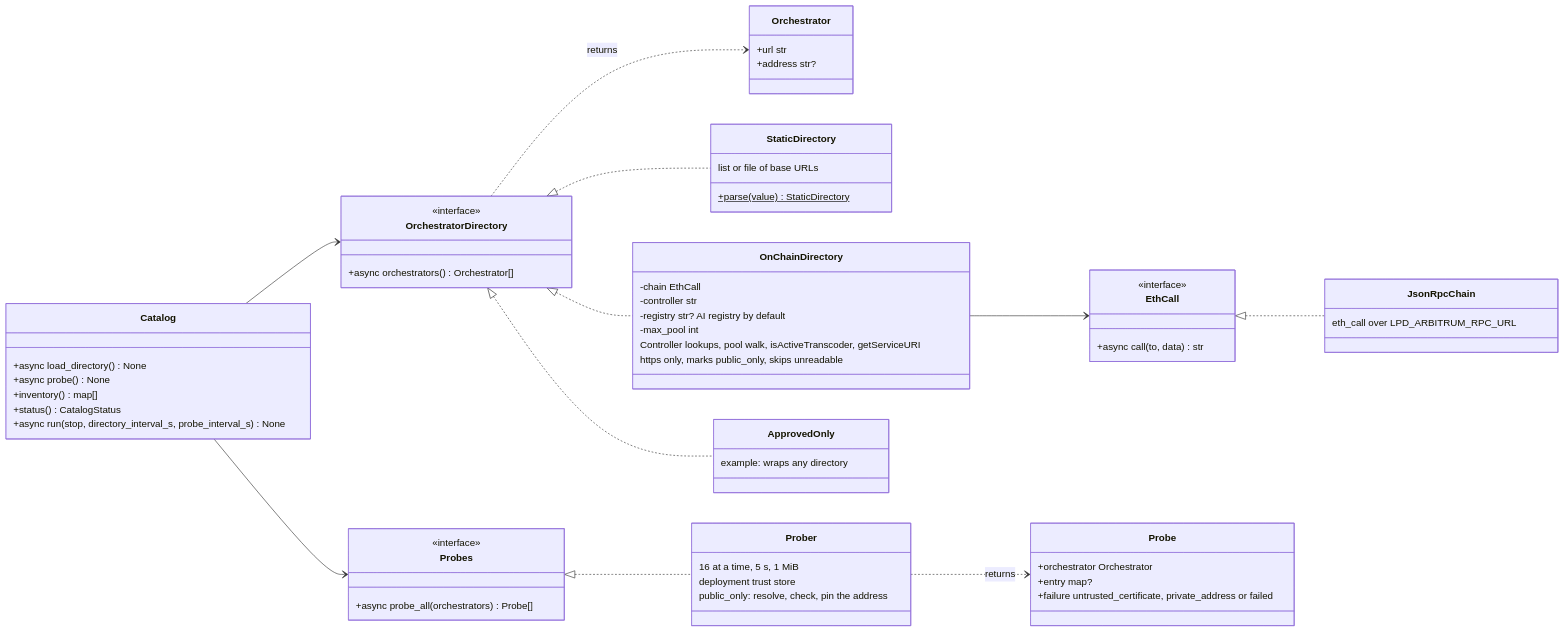
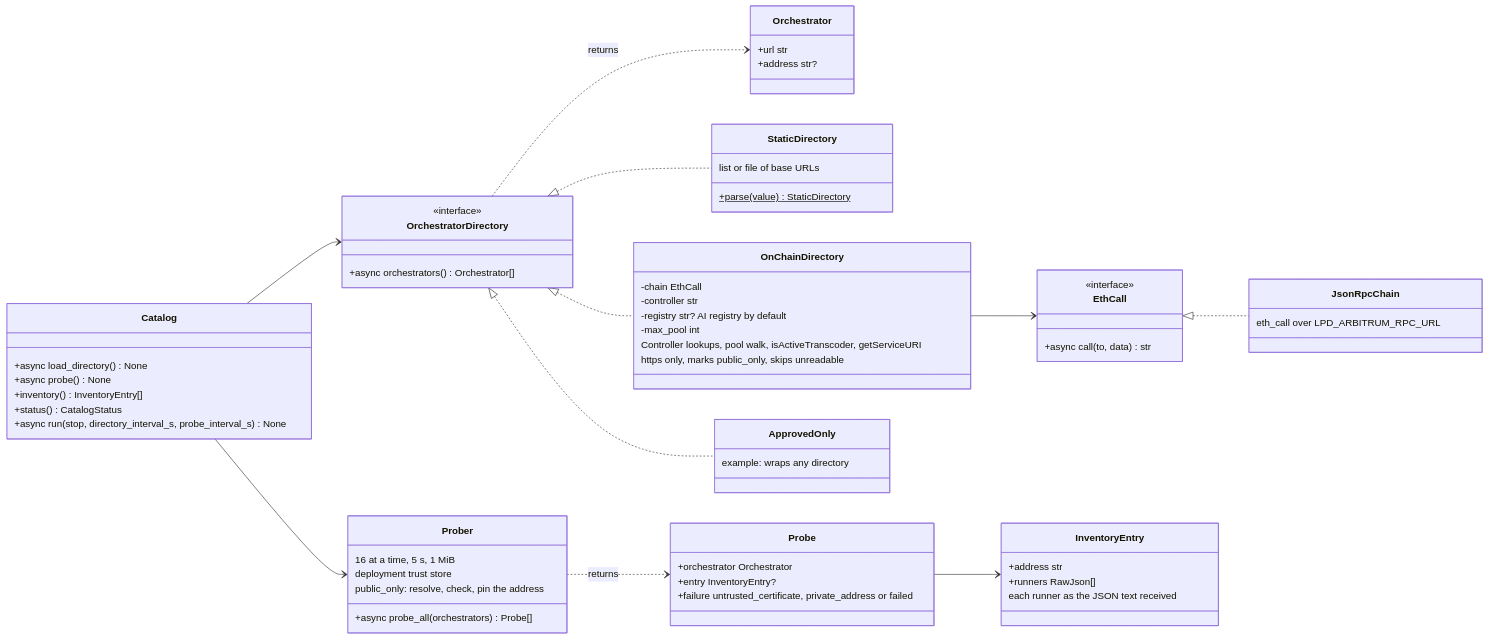
The tenth of 18 diagrams in docs/design-docs/interfaces-and-http-servers.md (NE-Build-Track/livepeer-builder-core), drawn with Mermaid before and after one commit. The commit also changed 12 other files, not shown here.

First line of the commit message:
lpb discovery: type the inventory entry; retire Probes (#87 review)

````diff
--- a/docs/design-docs/interfaces-and-http-servers.md
+++ b/docs/design-docs/interfaces-and-http-servers.md
@@ -640,65 +640,67 @@
 ```mermaid
 classDiagram
     direction LR
     class OrchestratorDirectory {
         <<interface>>
         +async orchestrators() Orchestrator[]
     }
     class Orchestrator {
         +url str
         +address str?
     }
     class StaticDirectory {
         +parse(value)$ StaticDirectory
         list or file of base URLs
     }
     class OnChainDirectory {
         -chain EthCall
         -controller str
         -registry str? AI registry by default
         -max_pool int
         Controller lookups, pool walk, isActiveTranscoder, getServiceURI
         https only, marks public_only, skips unreadable
     }
     class EthCall {
         <<interface>>
         +async call(to, data) str
     }
     class JsonRpcChain {
         eth_call over LPD_ARBITRUM_RPC_URL
     }
     class ApprovedOnly {
         example: wraps any directory
     }
-    class Probes {
-        <<interface>>
+    class Prober {
         +async probe_all(orchestrators) Probe[]
-    }
-    class Prober {
         16 at a time, 5 s, 1 MiB
         deployment trust store
         public_only: resolve, check, pin the address
     }
     class Probe {
         +orchestrator Orchestrator
-        +entry map?
+        +entry InventoryEntry?
         +failure untrusted_certificate, private_address or failed
+    }
+    class InventoryEntry {
+        +address str
+        +runners RawJson[]
+        each runner as the JSON text received
     }
     class Catalog {
         +async load_directory() None
         +async probe() None
-        +inventory() map[]
+        +inventory() InventoryEntry[]
         +status() CatalogStatus
         +async run(stop, directory_interval_s, probe_interval_s) None
     }
     OrchestratorDirectory <|.. StaticDirectory
     OrchestratorDirectory <|.. OnChainDirectory
     OrchestratorDirectory <|.. ApprovedOnly
     OrchestratorDirectory ..> Orchestrator : returns
     OnChainDirectory --> EthCall
     EthCall <|.. JsonRpcChain
-    Probes <|.. Prober
     Prober ..> Probe : returns
+    Probe --> InventoryEntry
     Catalog --> OrchestratorDirectory
-    Catalog --> Probes
+    Catalog --> Prober
 ```
````
